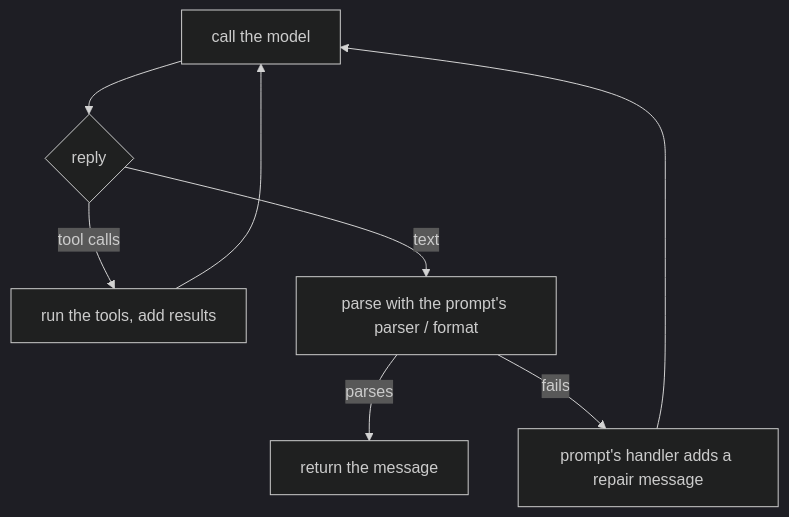
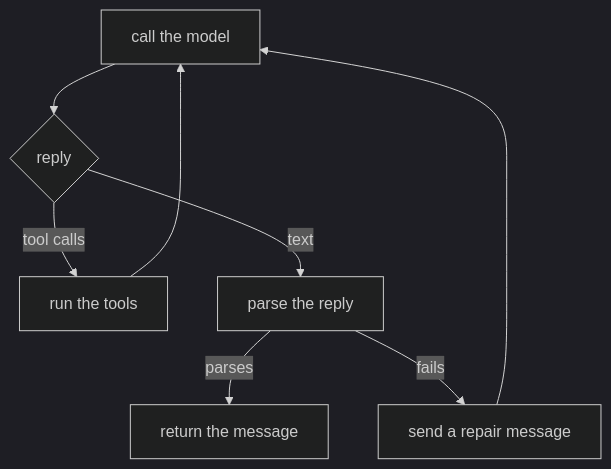
One commit to Productive-Superintelligence/lllm changed the diagram in docs/concepts.md. Above: the diagram before and after it, drawn with Mermaid (dark theme). The commit also changed other lines of this file and 36 other files, not shown here.

First line of the commit message:
Retire the old doc pages; keep every diagram readable

````diff
--- a/docs/concepts.md
+++ b/docs/concepts.md
@@ -81,8 +81,8 @@
 ```mermaid
 flowchart TD
     A[call the model] --> B{reply}
-    B -- tool calls --> C[run the tools, add results] --> A
-    B -- text --> D[parse with the prompt's parser / format]
+    B -- tool calls --> C[run the tools] --> A
+    B -- text --> D[parse the reply]
     D -- parses --> E[return the message]
-    D -- fails --> F[prompt's handler adds a repair message] --> A
+    D -- fails --> F[send a repair message] --> A
 ```
````
